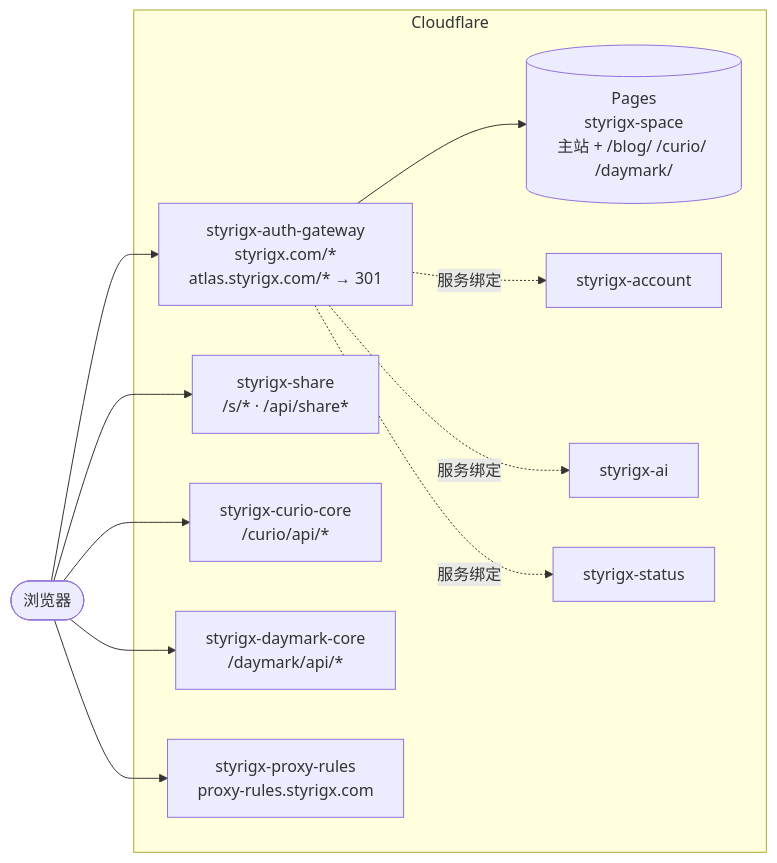
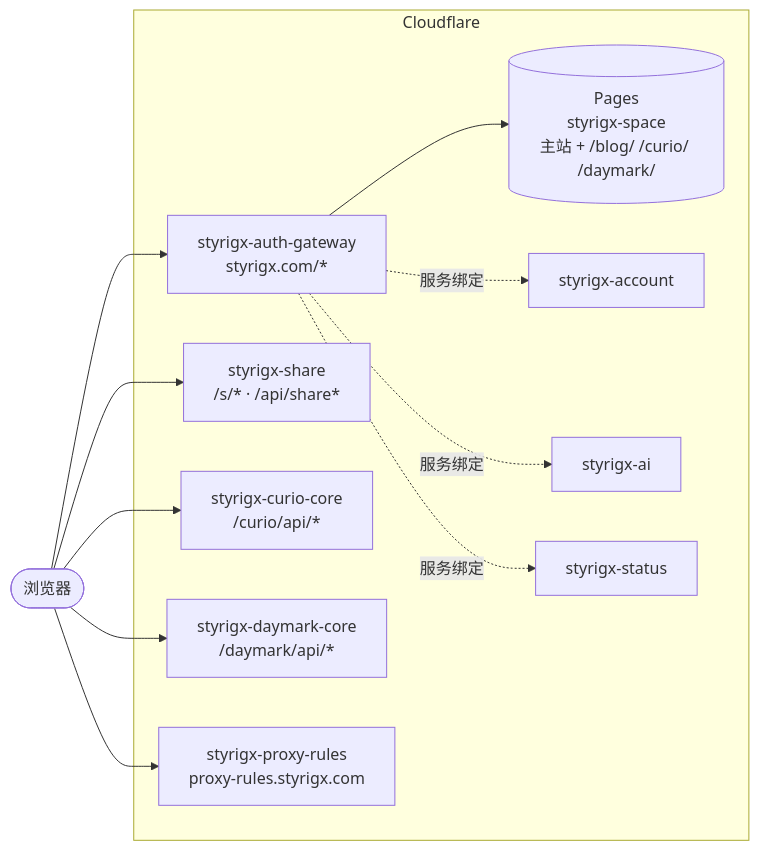
Before and after one commit to styrigx/styrigx-space: the diagram in README.md, drawn with Mermaid. The commit also changed other lines of this file and 48 other files, not shown here.

First line of the commit message:
chore(gateway): 删除 atlas.styrigx.com 跳转 (#285)

````diff
--- a/README.md
+++ b/README.md
@@ -72,19 +72,19 @@
 ```mermaid
 flowchart LR
   V([浏览器]) --> GW
   subgraph CF[Cloudflare]
-    GW[styrigx-auth-gateway<br/>styrigx.com/*<br/>atlas.styrigx.com/* → 301]
+    GW[styrigx-auth-gateway<br/>styrigx.com/*]
     SH[styrigx-share<br/>/s/* · /api/share*]
     CC[styrigx-curio-core<br/>/curio/api/*]
     DC[styrigx-daymark-core<br/>/daymark/api/*]
     GW --> P1[(Pages<br/>styrigx-space<br/>主站 + /blog/ /curio/ /daymark/)]
     GW -. 服务绑定 .-> AC[styrigx-account]
     GW -. 服务绑定 .-> AI[styrigx-ai]
     GW -. 服务绑定 .-> ST[styrigx-status]
     PR[styrigx-proxy-rules<br/>proxy-rules.styrigx.com]
   end
   V --> SH
   V --> CC
   V --> DC
   V --> PR
 ```
````
